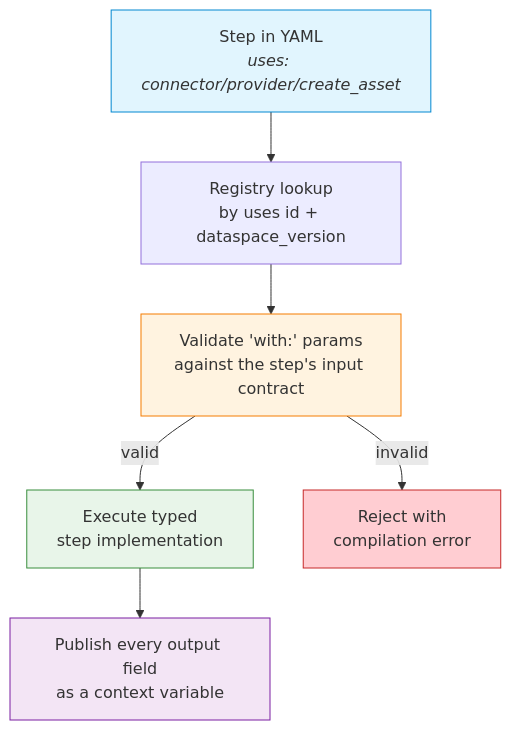
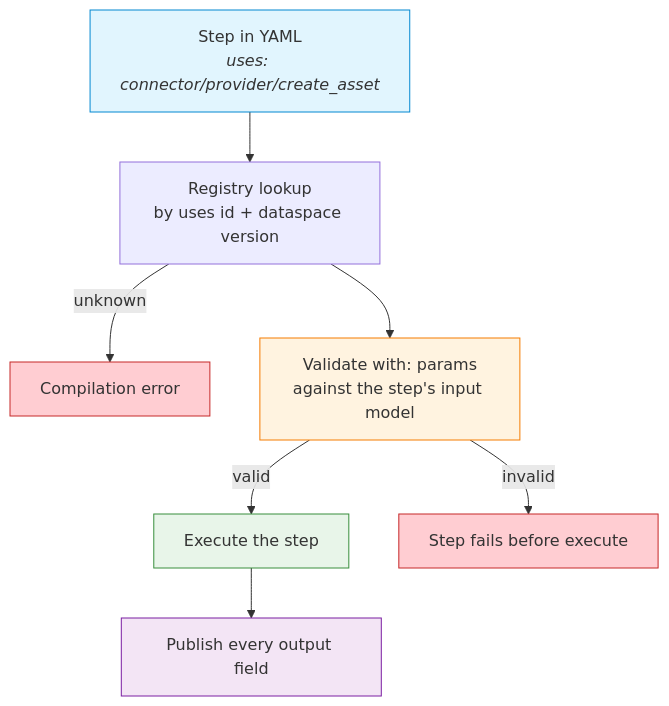
The fourth of 8 diagrams in docs/specification/specification/concepts.md (eclipse-tractusx/tractusx-testlab), drawn with Mermaid before and after one commit. The commit also changed other lines of this file and 155 other files, not shown here.

````diff
--- a/docs/specification/specification/concepts.md
+++ b/docs/specification/specification/concepts.md
@@ -160,14 +157,16 @@
 ```mermaid
 flowchart TD
-    YAML["Step in YAML<br/><i>uses: connector/provider/create_asset</i>"] --> RESOLVE["Registry lookup<br/>by uses id + dataspace_version"]
-    RESOLVE --> CHECK["Validate 'with:' params<br/>against the step's input contract"]
-    CHECK -->|valid| INVOKE["Execute typed<br/>step implementation"]
-    CHECK -->|invalid| REJECT["Reject with<br/>compilation error"]
-    INVOKE --> OUTPUT["Publish every output field<br/>as a context variable"]
+    YAML["Step in YAML<br/><i>uses: connector/provider/create_asset</i>"] --> RESOLVE["Registry lookup<br/>by uses id + dataspace version"]
+    RESOLVE -->|unknown| REJECT1["Compilation error"]
+    RESOLVE --> CHECK["Validate with: params<br/>against the step's input model"]
+    CHECK -->|valid| INVOKE["Execute the step"]
+    CHECK -->|invalid| REJECT2["Step fails before execute"]
+    INVOKE --> OUTPUT["Publish every output field"]
 
     style YAML fill:#e1f5fe,stroke:#0288d1
     style CHECK fill:#fff3e0,stroke:#f57c00
     style INVOKE fill:#e8f5e9,stroke:#388e3c
-    style REJECT fill:#ffcdd2,stroke:#c62828
+    style REJECT1 fill:#ffcdd2,stroke:#c62828
+    style REJECT2 fill:#ffcdd2,stroke:#c62828
     style OUTPUT fill:#f3e5f5,stroke:#7b1fa2
 ```
````
